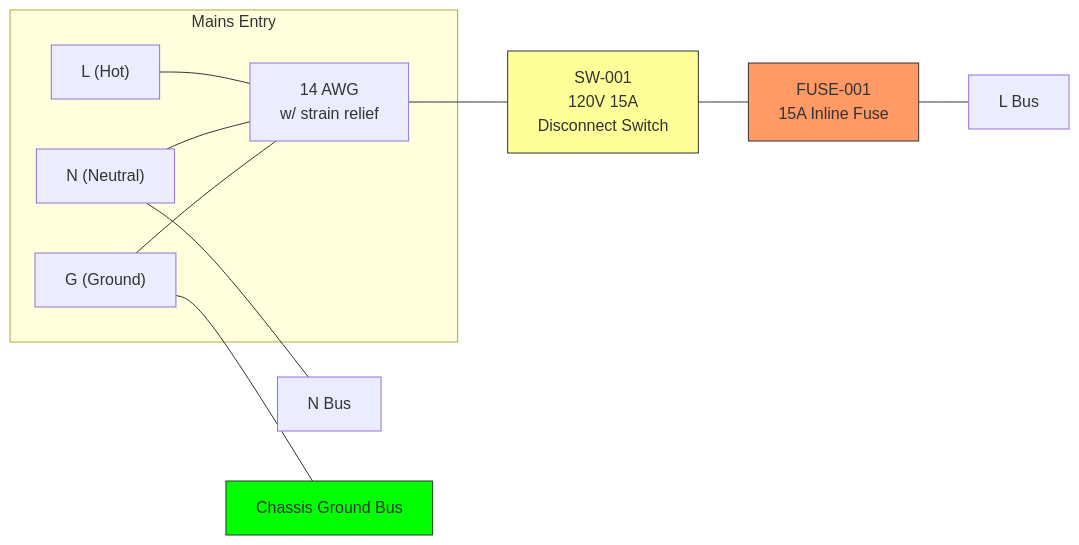
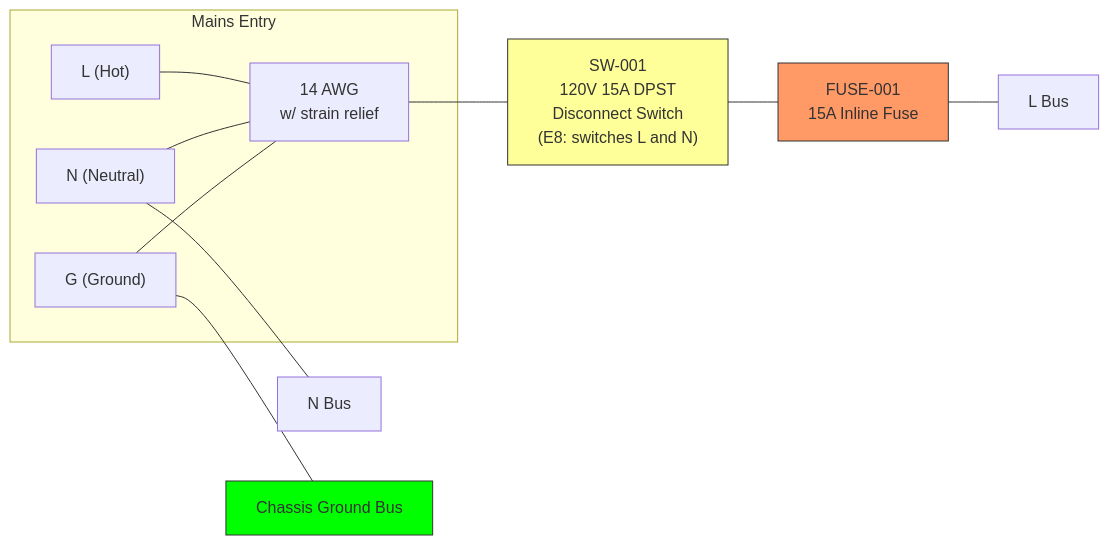
One commit to tom-jordan23/roaster changed the first of 5 diagrams in docs/electrical/schematics/power-schematic.md. Above: the diagram before and after it, drawn with Mermaid. The commit also changed other lines of this file and 18 other files, not shown here.

````diff
--- a/docs/electrical/schematics/power-schematic.md
+++ b/docs/electrical/schematics/power-schematic.md
@@ -5,19 +5,19 @@
 ```mermaid
 graph LR
     subgraph MAINS_ENTRY["Mains Entry"]
         L_IN["L (Hot)"] --- CORD["14 AWG\nw/ strain relief"]
         N_IN["N (Neutral)"] --- CORD
         G_IN["G (Ground)"] --- CORD
     end
 
-    CORD --- DISC["SW-001\n120V 15A\nDisconnect Switch"]
+    CORD --- DISC["SW-001\n120V 15A DPST\nDisconnect Switch\n(E8: switches L and N)"]
     DISC --- FUSE["FUSE-001\n15A Inline Fuse"]
 
     FUSE --- L_BUS["L Bus"]
     N_IN --- N_BUS["N Bus"]
     G_IN --- GND_BUS["Chassis Ground Bus"]
 
     style DISC fill:#ff9,stroke:#333
     style FUSE fill:#f96,stroke:#333
     style GND_BUS fill:#0f0,stroke:#333
 ```
````
